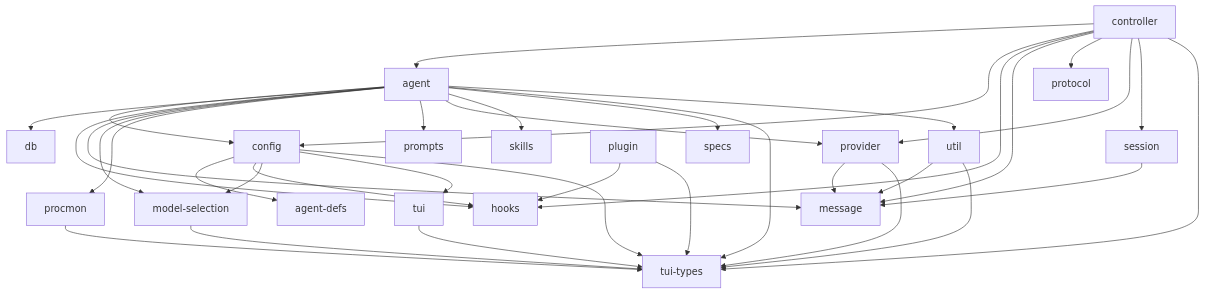
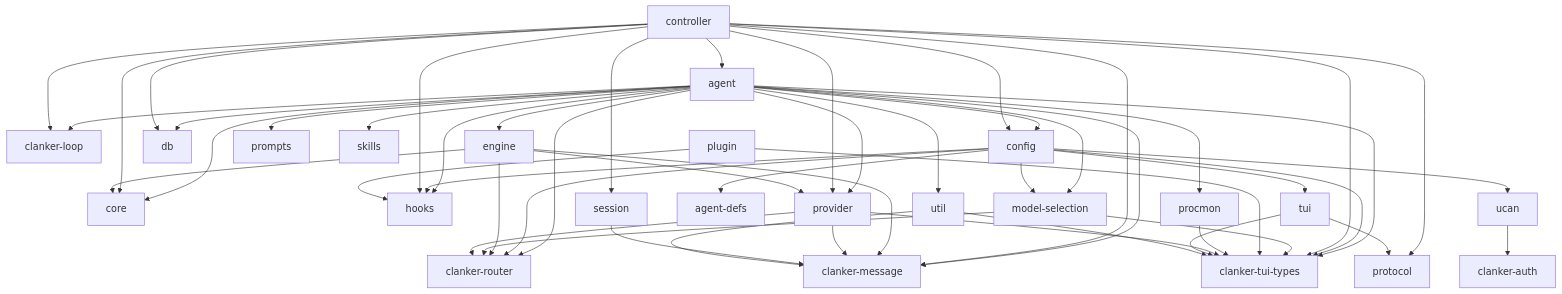
The diagram in docs/src/generated/architecture.md (brittonr/clankers), drawn with Mermaid before and after one commit. The commit also changed other lines of this file and 56 other files, not shown here.

````diff
--- a/docs/src/generated/architecture.md
+++ b/docs/src/generated/architecture.md
@@ -13,38 +13,54 @@
 ```mermaid
 graph TD
+    agent --> clanker-loop
+    agent --> clanker-message
+    agent --> clanker-router
+    agent --> clanker-tui-types
     agent --> config
+    agent --> core
     agent --> db
+    agent --> engine
     agent --> hooks
-    agent --> message
     agent --> model-selection
     agent --> procmon
     agent --> prompts
     agent --> provider
     agent --> skills
-    agent --> specs
-    agent --> tui-types
     agent --> util
+    config --> clanker-router
+    config --> clanker-tui-types
     config --> agent-defs
     config --> hooks
     config --> model-selection
     config --> tui
-    config --> tui-types
+    config --> ucan
+    controller --> clanker-loop
+    controller --> clanker-message
+    controller --> clanker-tui-types
     controller --> agent
     controller --> config
+    controller --> core
+    controller --> db
     controller --> hooks
-    controller --> message
     controller --> protocol
     controller --> provider
     controller --> session
-    controller --> tui-types
-    model-selection --> tui-types
+    engine --> clanker-message
+    engine --> clanker-router
+    engine --> core
+    engine --> provider
+    model-selection --> clanker-router
+    model-selection --> clanker-tui-types
+    plugin --> clanker-tui-types
     plugin --> hooks
-    plugin --> tui-types
-    procmon --> tui-types
-    provider --> message
-    provider --> tui-types
-    session --> message
-    tui --> tui-types
-    util --> message
-    util --> tui-types
+    procmon --> clanker-tui-types
+    provider --> clanker-message
+    provider --> clanker-router
+    provider --> clanker-tui-types
+    session --> clanker-message
+    tui --> clanker-tui-types
+    tui --> protocol
+    ucan --> clanker-auth
+    util --> clanker-message
+    util --> clanker-tui-types
 ```
````
